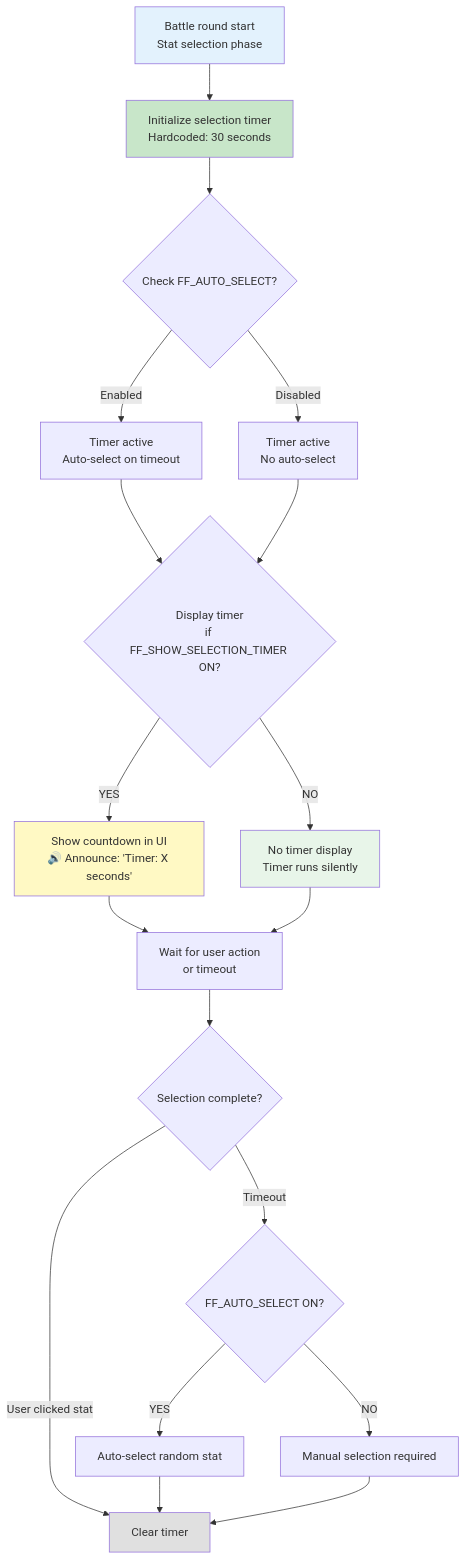
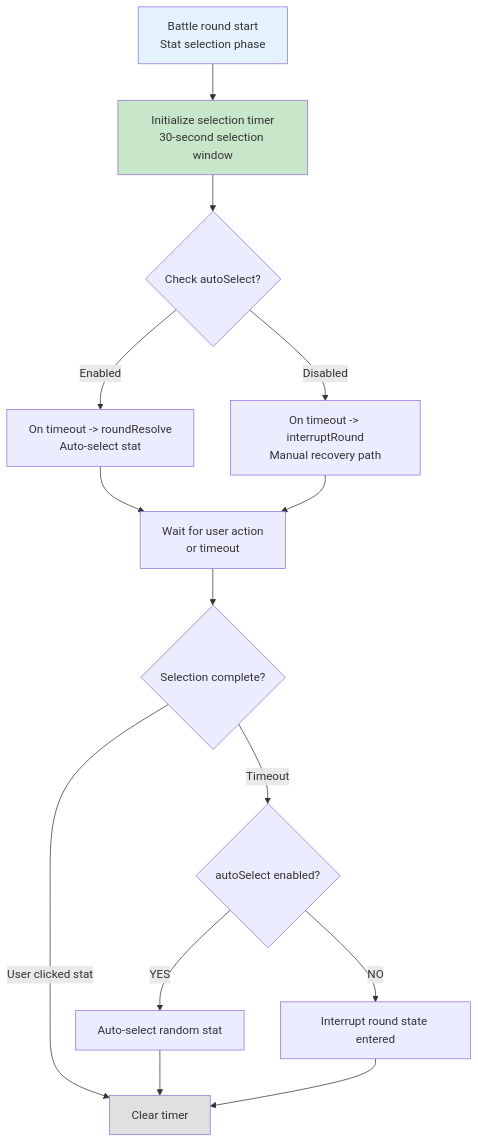
The second of 3 diagrams in design/productRequirementsDocuments/prdRandomStatMode.md (CyanAutomation/judokon), drawn with Mermaid before and after one commit. The commit also changed other lines of this file, not shown here.

Commit message:
docs: align random stat PRD mermaid flows with current flags (#5685)

````diff
--- a/design/productRequirementsDocuments/prdRandomStatMode.md
+++ b/design/productRequirementsDocuments/prdRandomStatMode.md
@@ -87,31 +87,23 @@
 ```mermaid
 flowchart TD
-    A["Battle round start<br/>Stat selection phase"] --> B["Initialize selection timer<br/>Hardcoded: 30 seconds"]
-    B --> C{"Check FF_AUTO_SELECT?"}
+    A["Battle round start<br/>Stat selection phase"] --> B["Initialize selection timer<br/>30-second selection window"]
+    B --> C{"Check autoSelect?"}
 
-    C -->|Enabled| D["Timer active<br/>Auto-select on timeout"]
-    C -->|Disabled| E["Timer active<br/>No auto-select"]
+    C -->|Enabled| D["On timeout -> roundResolve<br/>Auto-select stat"]
+    C -->|Disabled| E["On timeout -> interruptRound<br/>Manual recovery path"]
 
-    D --> F{"Display timer<br/>if FF_SHOW_SELECTION_TIMER ON?"}
-    E --> F
-
-    F -->|YES| G["Show countdown in UI<br/>🔊 Announce: 'Timer: X seconds'"]
-    F -->|NO| H["No timer display<br/>Timer runs silently"]
-
-    G --> I["Wait for user action<br/>or timeout"]
-    H --> I
+    D --> I["Wait for user action<br/>or timeout"]
+    E --> I
 
     I --> J{"Selection complete?"}
     J -->|User clicked stat| K["Clear timer"]
-    J -->|Timeout| L{"FF_AUTO_SELECT ON?"}
+    J -->|Timeout| L{"autoSelect enabled?"}
     L -->|YES| M["Auto-select random stat"]
-    L -->|NO| N["Manual selection required"]
+    L -->|NO| N["Interrupt round state entered"]
     M --> K
     N --> K
 
     style A fill:#e3f2fd
     style B fill:#c8e6c9
-    style G fill:#fff9c4
-    style H fill:#e8f5e9
     style K fill:#e0e0e0
 ```
````
